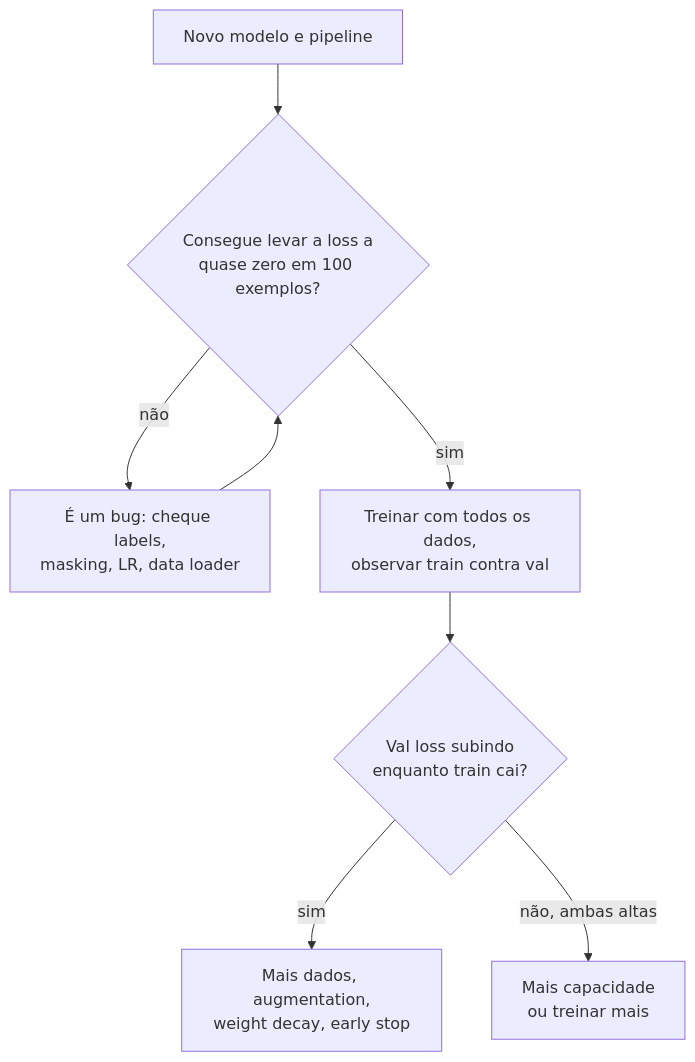
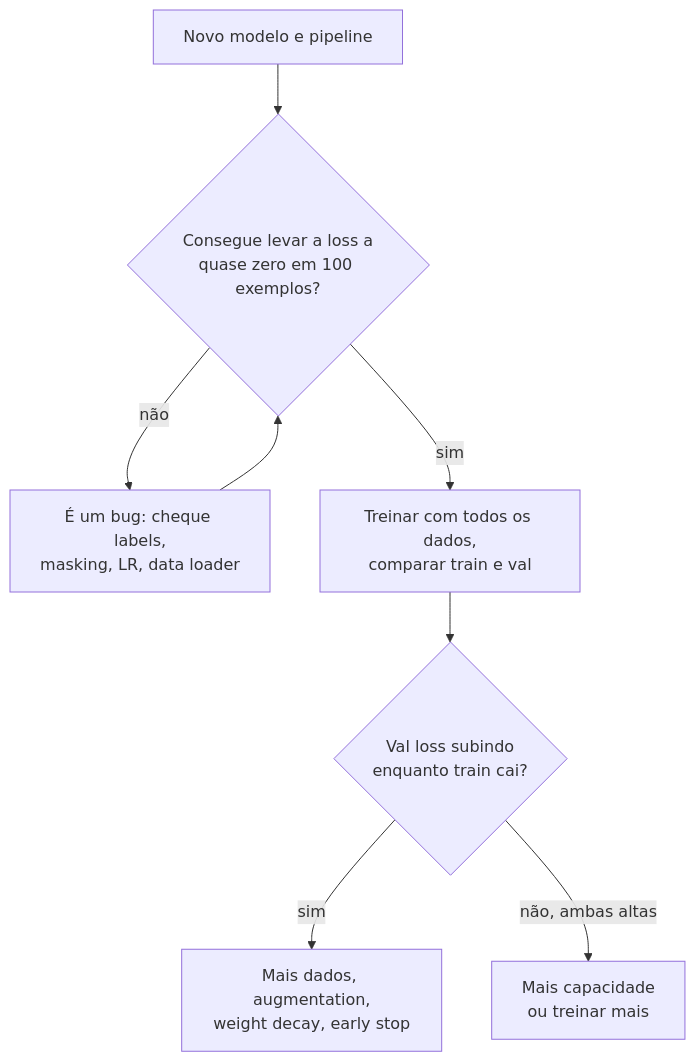
Before and after one commit to andrevberaldo/AI-Engineer-Interview-Questions: the second of 27 diagrams in 01-ml-and-dl-foundations/questions.pt-BR.md, drawn with Mermaid. The commit also changed other lines of this file, not shown here.

````diff
--- a/01-ml-and-dl-foundations/questions.pt-BR.md
+++ b/01-ml-and-dl-foundations/questions.pt-BR.md
@@ -69,10 +69,10 @@
 ```mermaid
 flowchart TD
     A["Novo modelo e pipeline"] --> B{"Consegue levar a loss a<br/>quase zero em 100 exemplos?"}
     B -->|"não"| C["É um bug: cheque labels,<br/>masking, LR, data loader"]
     C --> B
-    B -->|"sim"| D["Treinar com todos os dados,<br/>observar train contra val"]
+    B -->|"sim"| D["Treinar com todos os dados,<br/>comparar train e val"]
     D --> E{"Val loss subindo<br/>enquanto train cai?"}
     E -->|"sim"| F["Mais dados, augmentation,<br/>weight decay, early stop"]
     E -->|"não, ambas altas"| G["Mais capacidade<br/>ou treinar mais"]
 ```
````
